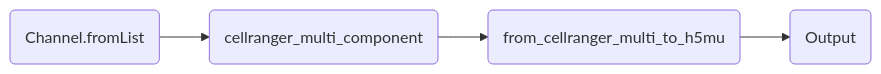
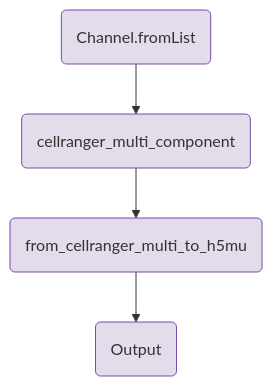
Before and after one commit to openpipelines-bio/website: the diagram in components/workflows/ingestion/cellranger_multi.qmd, drawn with Mermaid. The commit also changed 21 other files, not shown here.

````diff
--- a/components/workflows/ingestion/cellranger_multi.qmd
+++ b/components/workflows/ingestion/cellranger_multi.qmd
@@ -186,12 +186,15 @@
 ```{mermaid}
-%%| column: screen-inset-shaded
-flowchart LR
+flowchart TB
     v0(Channel.fromList)
     v17(cellranger_multi_component)
     v37(from_cellranger_multi_to_h5mu)
     v64(Output)
     v0-->v17
     v17-->v37
     v37-->v64
+    style v0 fill:#e3dcea,stroke:#7a4baa;
+    style v17 fill:#e3dcea,stroke:#7a4baa;
+    style v37 fill:#e3dcea,stroke:#7a4baa;
+    style v64 fill:#e3dcea,stroke:#7a4baa;
 
 ```
````
